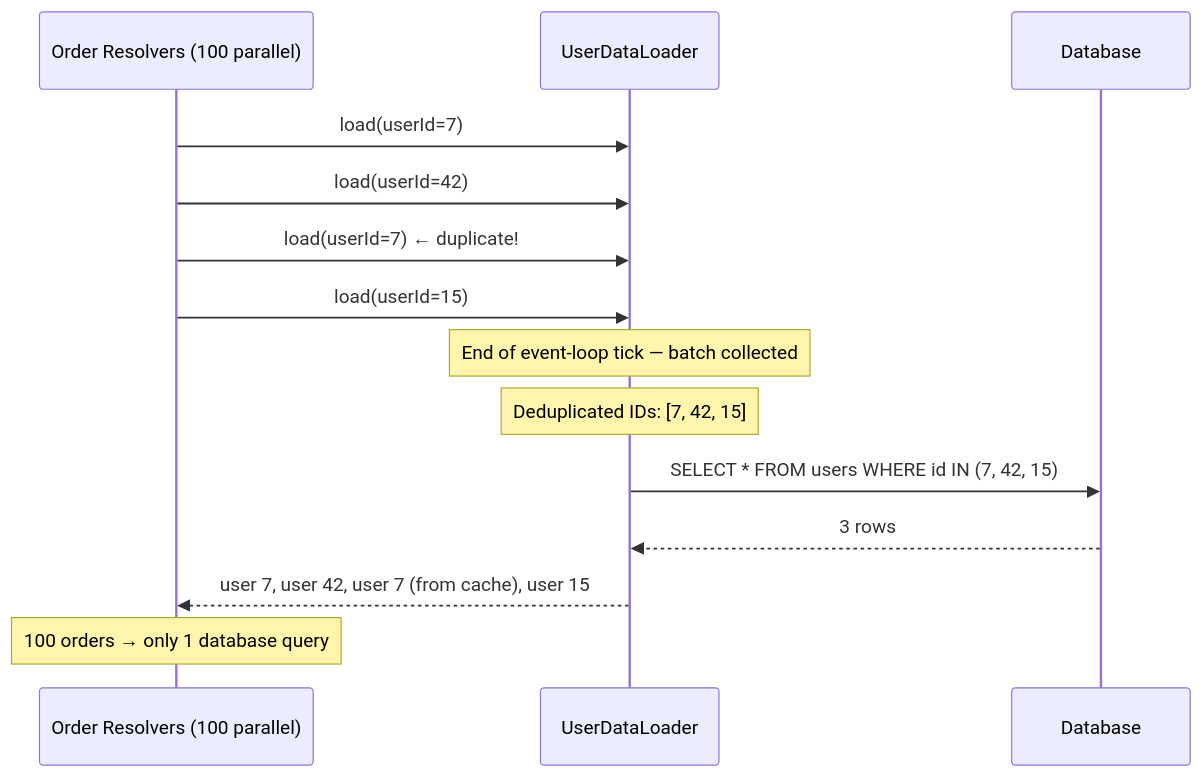
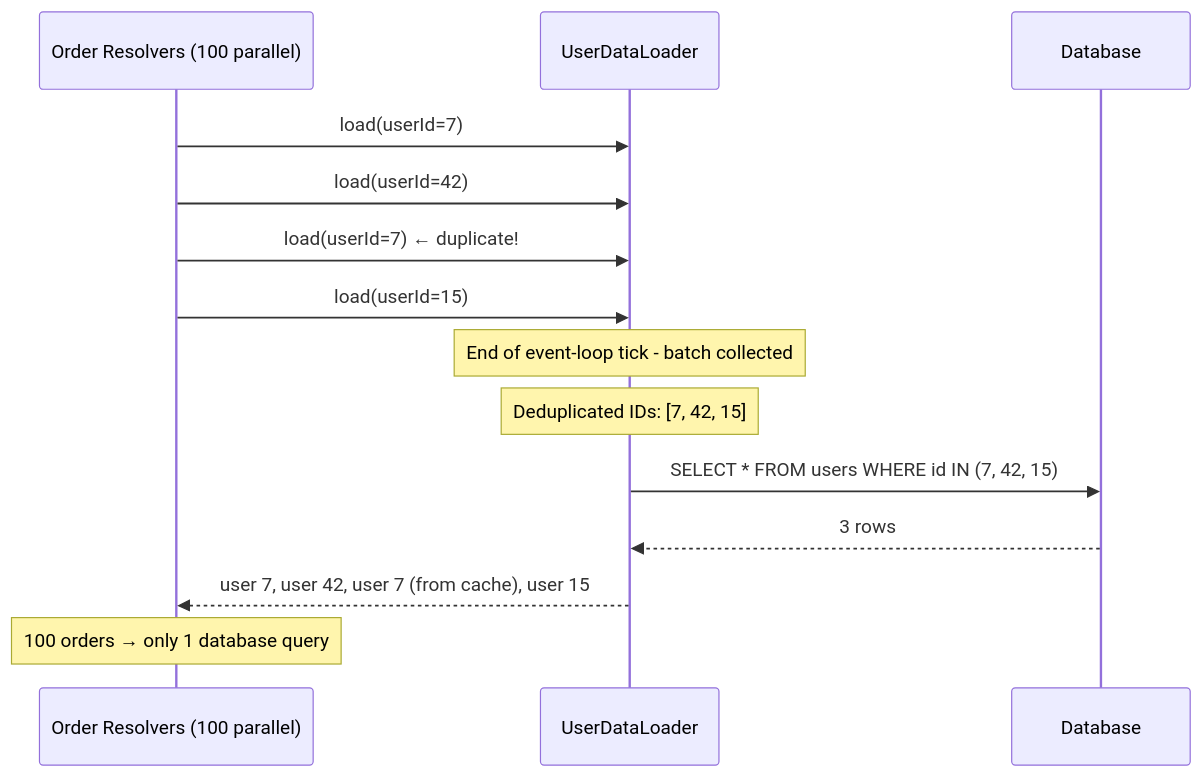
One commit to b-balakrishna/system-design changed the third of 3 diagrams in phase-2-foundations/topic-10-graphql.md. Above: the diagram before and after it, drawn with Mermaid. The commit also changed other lines of this file and 165 other files, not shown here.

Commit message:
feat: add comprehensive system design documentation covering foundations, backend, frontend, distributed systems, and AI/ML architectures

````diff
--- a/phase-2-foundations/topic-10-graphql.md
+++ b/phase-2-foundations/topic-10-graphql.md
@@ -247,17 +247,17 @@
 ```mermaid
 sequenceDiagram
     participant R as Order Resolvers (100 parallel)
     participant DL as UserDataLoader
     participant DB as Database
 
     R->>DL: load(userId=7)
     R->>DL: load(userId=42)
     R->>DL: load(userId=7)   ← duplicate!
     R->>DL: load(userId=15)
-    Note over DL: End of event-loop tick — batch collected
+    Note over DL: End of event-loop tick  -  batch collected
     Note over DL: Deduplicated IDs: [7, 42, 15]
     DL->>DB: SELECT * FROM users WHERE id IN (7, 42, 15)
     DB-->>DL: 3 rows
     DL-->>R: user 7, user 42, user 7 (from cache), user 15
     Note over R: 100 orders → only 1 database query
 ```
````
